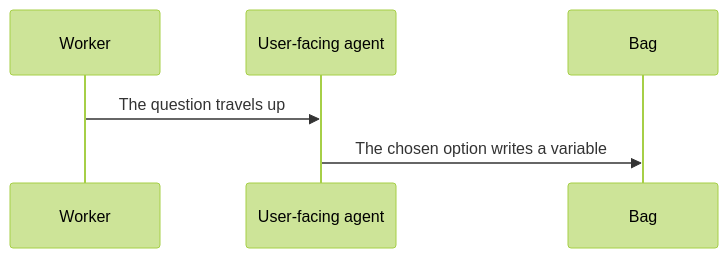
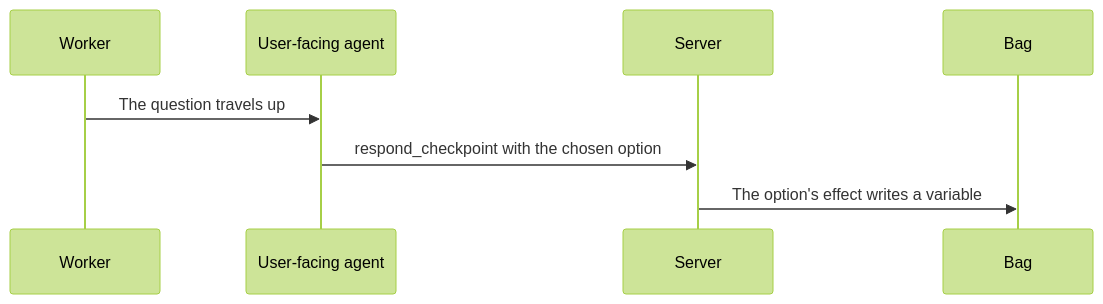
One commit to m2ux/workflow-server changed diagram 13 of 36 in docs/state.md. Above: the diagram before and after it, drawn with Mermaid (forest theme). The commit also changed other lines of this file and 17 other files, not shown here.

````diff
--- a/docs/state.md
+++ b/docs/state.md
@@ -220,8 +220,10 @@
 ```mermaid
 sequenceDiagram
   participant Worker
   participant Person as User-facing agent
+  participant Server
   participant Bag
   Worker->>Person: The question travels up
-  Person->>Bag: The chosen option writes a variable
+  Person->>Server: respond_checkpoint with the chosen option
+  Server->>Bag: The option's effect writes a variable
 ```
````
